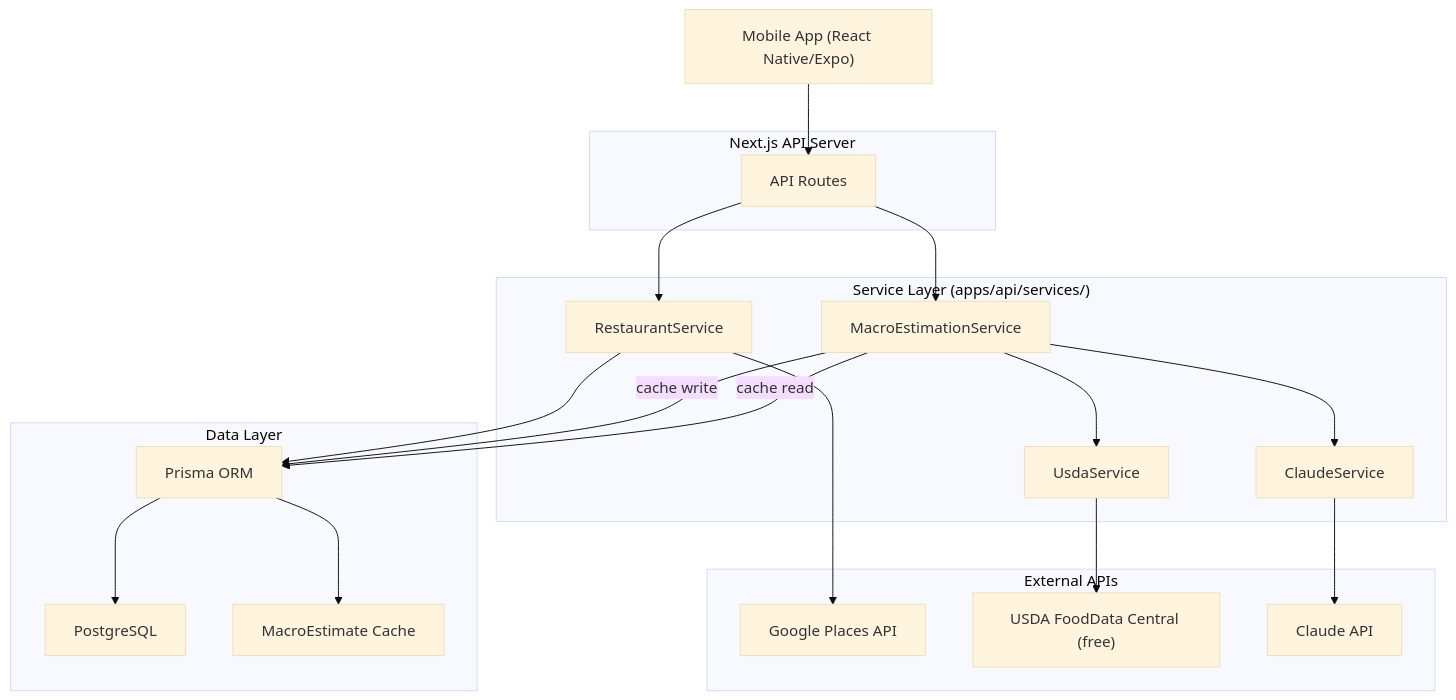
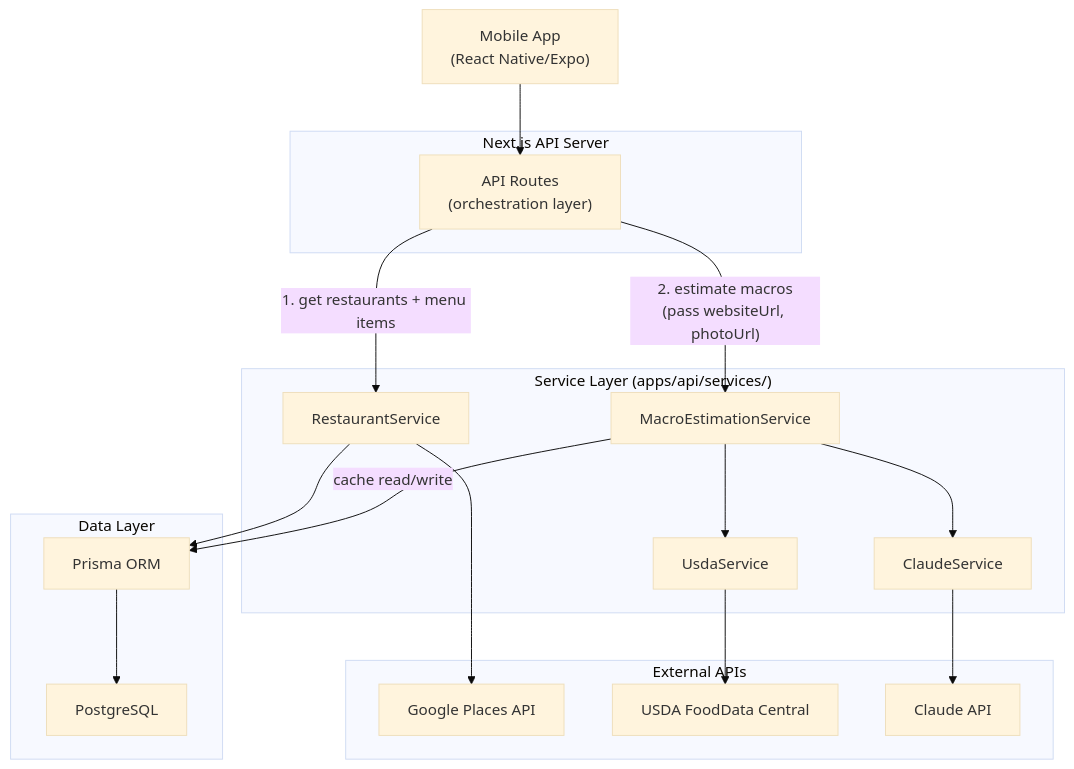
Before and after one commit to dgmolla/fitsy: the first of 4 diagrams in docs/engineering/backend/system-design.md, drawn with Mermaid (base theme). The commit also changed other lines of this file, not shown here.

Commit message:
Clarify service orchestration: API routes coordinate, services stay independent
Architecture diagram now shows the data flow explicitly:
1. API route calls RestaurantService for restaurants + menu items
2. API route passes restaurant data (websiteUrl, photoUrl) into
   MacroEstimationService as input

Services never call each other — independently testable with plain
inputs, no mocking of sibling services needed.

````diff
--- a/docs/engineering/backend/system-design.md
+++ b/docs/engineering/backend/system-design.md
@@ -16,44 +16,41 @@
 ```mermaid
 graph TD
-    Client["Mobile App (React Native/Expo)"]
+    Client["Mobile App<br/>(React Native/Expo)"]
 
     subgraph "Next.js API Server"
-        API["API Routes"]
+        API["API Routes<br/>(orchestration layer)"]
     end
 
     subgraph "Service Layer (apps/api/services/)"
         RS["RestaurantService"]
         MS["MacroEstimationService"]
         US["UsdaService"]
         CS["ClaudeService"]
     end
 
     subgraph "External APIs"
         GP["Google Places API"]
-        USDA["USDA FoodData Central (free)"]
+        USDA["USDA FoodData Central"]
         CL["Claude API"]
     end
 
     subgraph "Data Layer"
         Prisma["Prisma ORM"]
         PG["PostgreSQL"]
-        MC["MacroEstimate Cache"]
     end
 
     Client --> API
-    API --> RS
-    API --> MS
+    API -- "1. get restaurants + menu items" --> RS
+    API -- "2. estimate macros<br/>(pass websiteUrl, photoUrl)" --> MS
 
     RS --> GP
     MS --> US
     MS --> CS
 
     US --> USDA
     CS --> CL
 
-    MS -- "cache read" --> Prisma
-    MS -- "cache write" --> Prisma
+    MS -- "cache read/write" --> Prisma
     RS --> Prisma
     Prisma --> PG
-    Prisma --> MC
 ```
````
